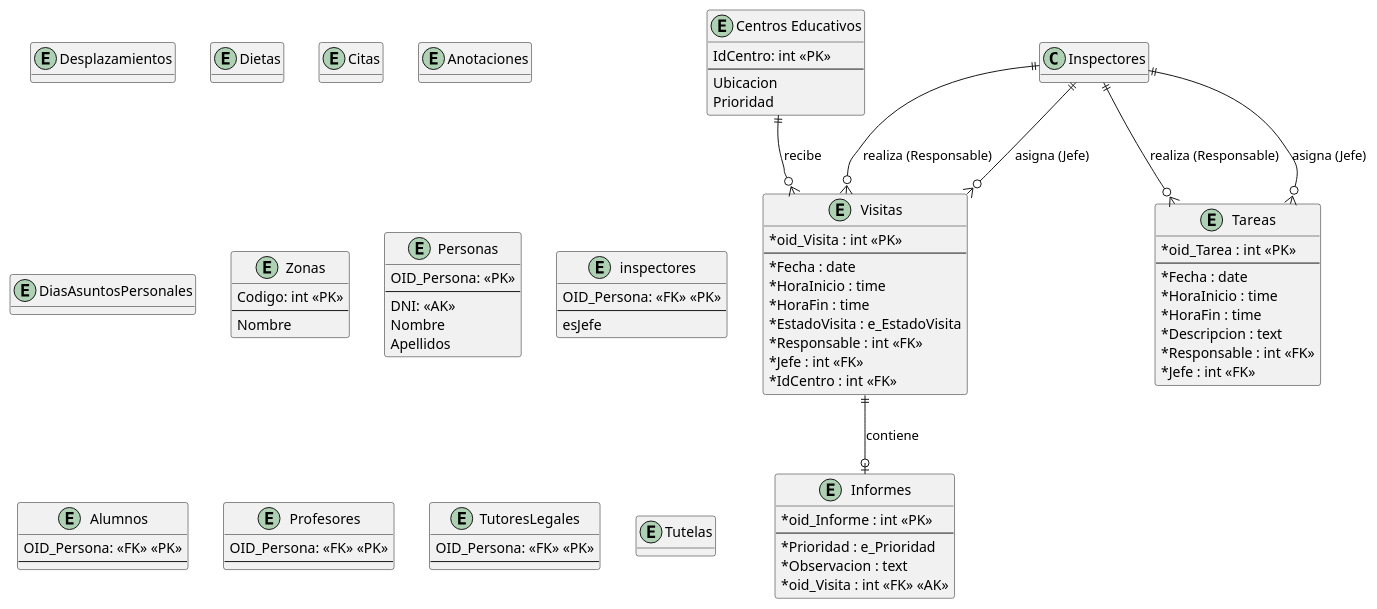
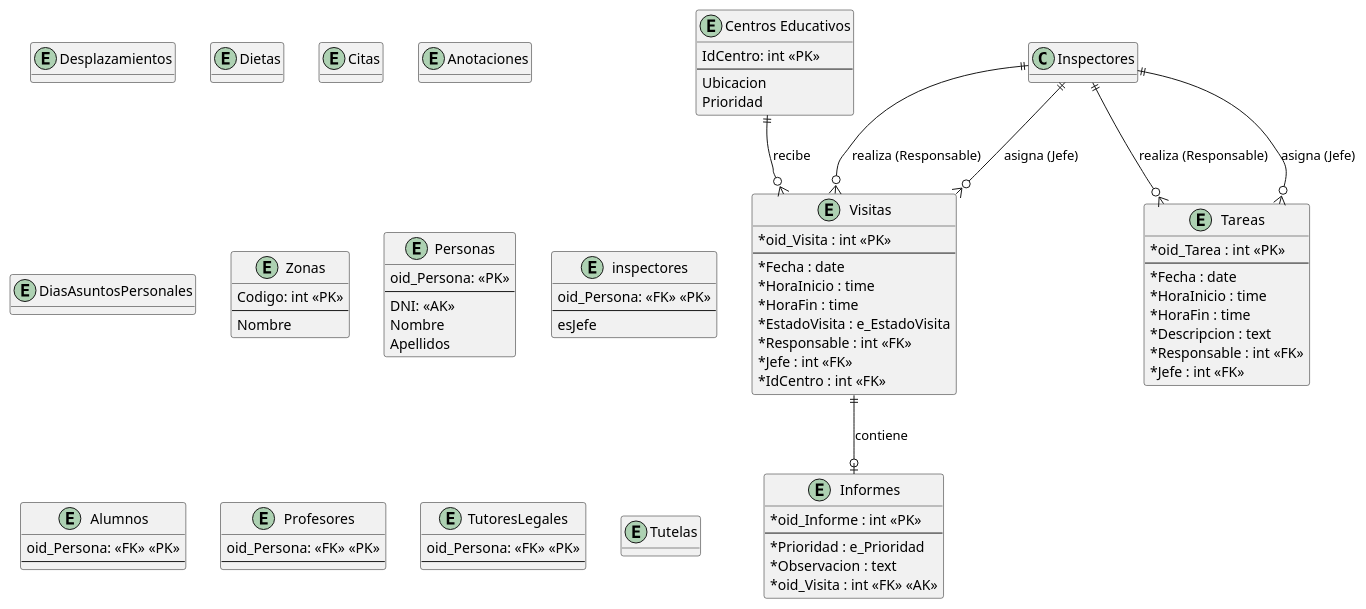
One commit to javiporti/ProyectoBD_Inspeccion_Educativa changed the diagram in modelado/modelado_relacional.puml. Above: the diagram before and after it, drawn with PlantUML.

Commit message:
Cambia a minúsculas OID

```diff
--- a/modelado/modelado_relacional.puml
+++ b/modelado/modelado_relacional.puml
@@ -1,109 +1,109 @@
 @startuml modelado_relacional
 hide methods
 skinparam ClassAttributeIconSize 0
 
 
 entity "Centros Educativos" as CentrosEducativos {
     IdCentro: int <<PK>>
     --
     Ubicacion
     Prioridad
 }
 
 entity Desplazamientos {
 
 }
 
 entity Dietas {
 
 }
 
 entity Citas {
 
 }
 
 entity Anotaciones {
 
 }
 
 entity Visitas {
     *oid_Visita : int <<PK>>
     --
     *Fecha : date
     *HoraInicio : time
     *HoraFin : time
     *EstadoVisita : e_EstadoVisita
     *Responsable : int <<FK>>
     *Jefe : int <<FK>>
     *IdCentro : int <<FK>>
 }
 
 entity Informes {
     *oid_Informe : int <<PK>>
     --
     *Prioridad : e_Prioridad
     *Observacion : text
     *oid_Visita : int <<FK>> <<AK>>
 }
 
 entity Tareas {
     *oid_Tarea : int <<PK>>
     --
     *Fecha : date
     *HoraInicio : time
     *HoraFin : time
     *Descripcion : text
     *Responsable : int <<FK>>
     *Jefe : int <<FK>>
 }
 
 entity DiasAsuntosPersonales {
 
 }
 
 entity Zonas {
     Codigo: int <<PK>>
     --
     Nombre
 }
 
 entity Personas {
-    OID_Persona: <<PK>>
+    oid_Persona: <<PK>>
     --
     DNI: <<AK>>
     Nombre
     Apellidos
 }
 
 entity inspectores {
-    OID_Persona: <<FK>> <<PK>>
+    oid_Persona: <<FK>> <<PK>>
     --
     esJefe
 }
 entity Alumnos {
-    OID_Persona: <<FK>> <<PK>>
+    oid_Persona: <<FK>> <<PK>>
     --
 }
 
 entity Profesores {
-    OID_Persona: <<FK>> <<PK>>
+    oid_Persona: <<FK>> <<PK>>
     --
 }
 
 entity TutoresLegales {
-    OID_Persona: <<FK>> <<PK>>
+    oid_Persona: <<FK>> <<PK>>
     --
 }
 
 entity Tutelas {
 
 }
 
 Inspectores ||--o{ Visitas : realiza (Responsable)
 Inspectores ||--o{ Visitas : asigna (Jefe)
 Inspectores ||--o{ Tareas : realiza (Responsable)
 Inspectores ||--o{ Tareas : asigna (Jefe)
 CentrosEducativos ||--o{ Visitas : recibe
 Visitas ||--o| Informes : contiene
 
 @enduml
```
